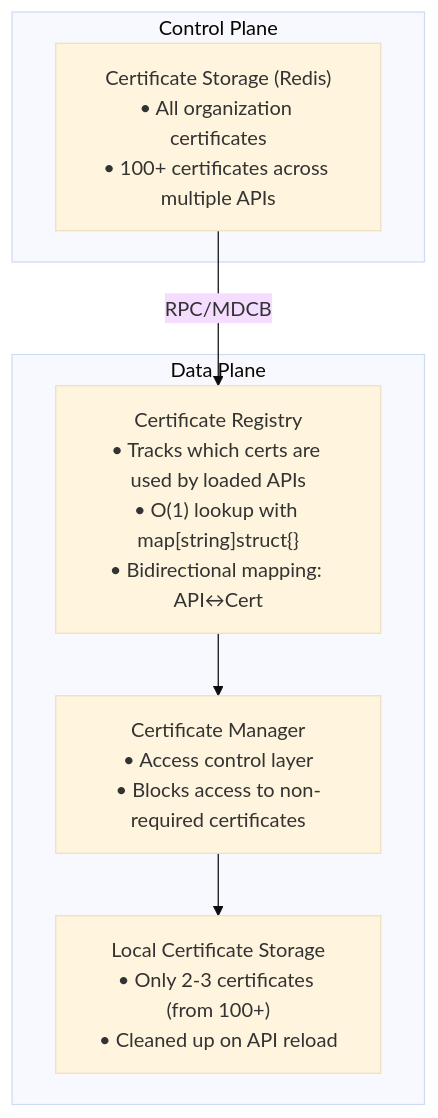
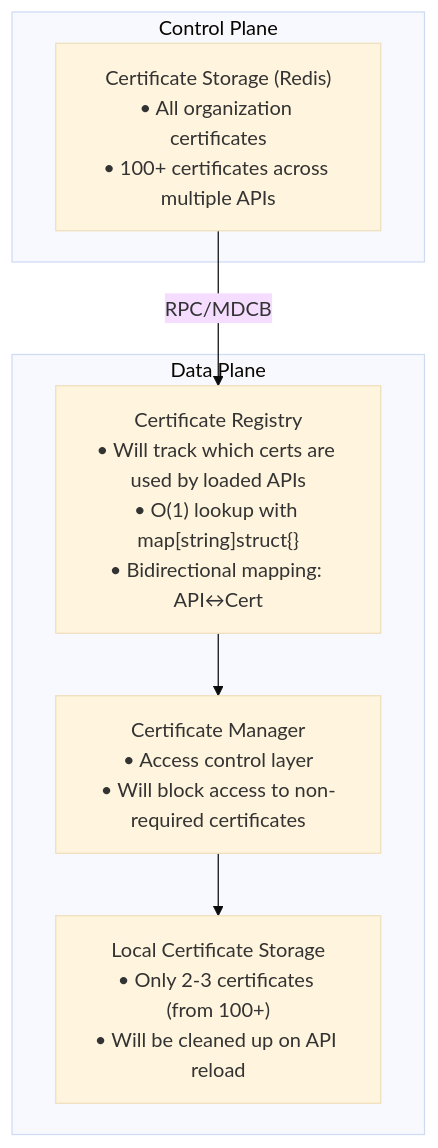
Before and after one commit to TykTechnologies/tyk: the sixth of 10 diagrams in SELECTIVE_CERT_SYNC.md, drawn with Mermaid (base theme). The commit also changed other lines of this file, not shown here.

First line of the commit message:
Docs: explain current MDCB certificate synchronization in detail

````diff
--- a/SELECTIVE_CERT_SYNC.md
+++ b/SELECTIVE_CERT_SYNC.md
@@ -18,17 +231,17 @@
 ```mermaid
 graph TB
     subgraph CP["Control Plane"]
         CS["Certificate Storage (Redis)<br/>• All organization certificates<br/>• 100+ certificates across multiple APIs"]
     end
 
     subgraph DP["Data Plane"]
-        CR["Certificate Registry<br/>• Tracks which certs are used by loaded APIs<br/>• O(1) lookup with map[string]struct{}<br/>• Bidirectional mapping: API↔Cert"]
-        CM["Certificate Manager<br/>• Access control layer<br/>• Blocks access to non-required certificates"]
-        LCS["Local Certificate Storage<br/>• Only 2-3 certificates (from 100+)<br/>• Cleaned up on API reload"]
+        CR["Certificate Registry<br/>• Will track which certs are used by loaded APIs<br/>• O(1) lookup with map[string]struct{}<br/>• Bidirectional mapping: API↔Cert"]
+        CM["Certificate Manager<br/>• Access control layer<br/>• Will block access to non-required certificates"]
+        LCS["Local Certificate Storage<br/>• Only 2-3 certificates (from 100+)<br/>• Will be cleaned up on API reload"]
 
         CR --> CM
         CM --> LCS
     end
 
     CS -->|"RPC/MDCB"| CR
 ```
````
